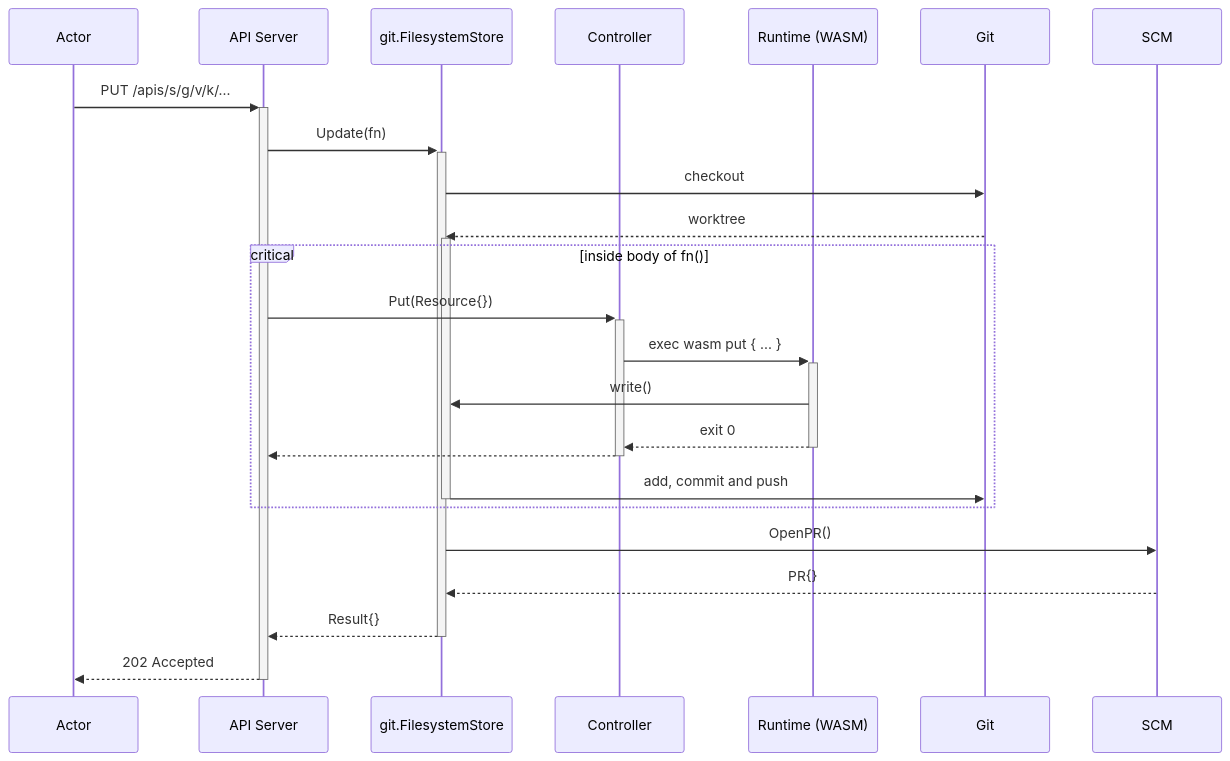
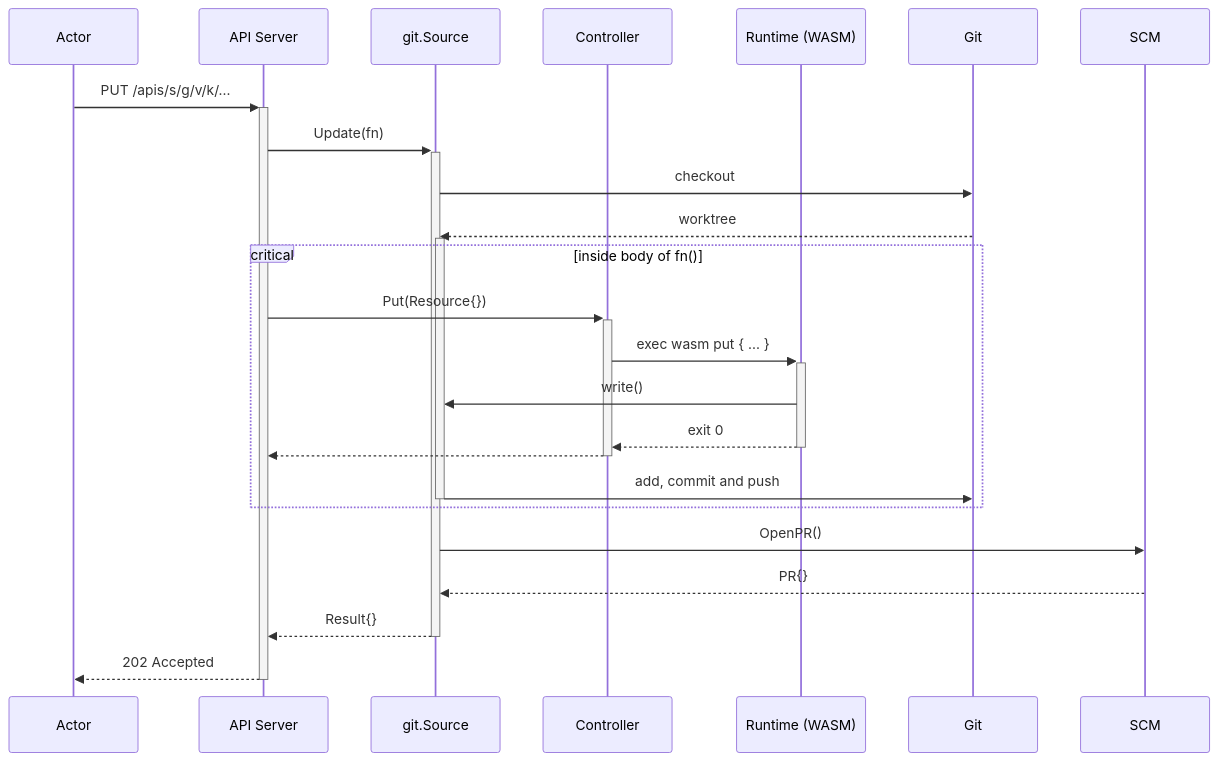
One commit to flipt-io/cup changed the diagram in docs/DESIGN.md. Above: the diagram before and after it, drawn with Mermaid. The commit also changed other lines of this file and 7 other files, not shown here.

Commit message:
refactor(pkg/source): rename all Filesystem types to Source

````diff
--- a/docs/DESIGN.md
+++ b/docs/DESIGN.md
@@ -328,26 +328,26 @@
 ```mermaid
 sequenceDiagram
     participant A as Actor
     participant S as API Server
-    participant F as git.FilesystemStore
+    participant F as git.Source
     participant C as Controller
     participant R as Runtime (WASM)
     participant G as Git
     participant SCM
     A ->>+ S: PUT /apis/s/g/v/k/...
     S ->>+ F: Update(fn)
     F ->> G: checkout
     G -->>+ F: worktree
     critical inside body of fn()
     S ->>+ C: Put(Resource{})
     C ->>+ R: exec wasm put { ... }
     R ->> F: write()
     R -->>- C: exit 0
     C -->>- S: 
     F ->>- G: add, commit and push
     end
     F ->> SCM: OpenPR()
     SCM -->> F: PR{}
     F -->>- S: Result{}
     S -->>- A: 202 Accepted
 ```
````
